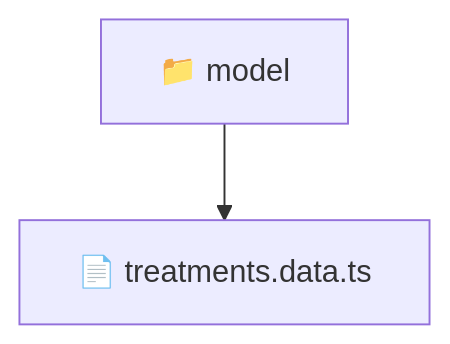
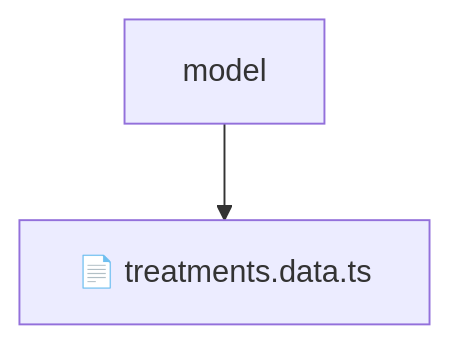
The diagram in frontend/src/features/treatments/model/README.md (beginwebdev2002/fullstack-mavluda), drawn with Mermaid before and after one commit. The commit also changed other lines of this file and 155 other files, not shown here.

````diff
--- a/frontend/src/features/treatments/model/README.md
+++ b/frontend/src/features/treatments/model/README.md
@@ -10,5 +14,5 @@
 ```mermaid
 graph TD
-  Root["📁 model"]
-  Root --> treatmentsdatats["📄 treatments.data.ts"]
+    Root[model]
+    Root --> F0[📄 treatments.data.ts]
 ```
````
